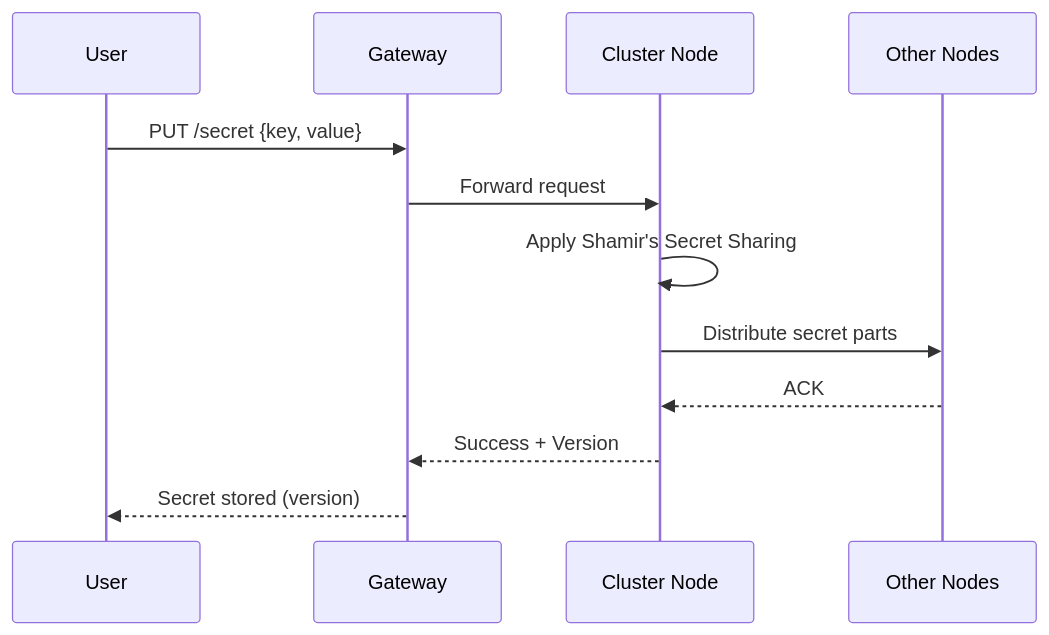
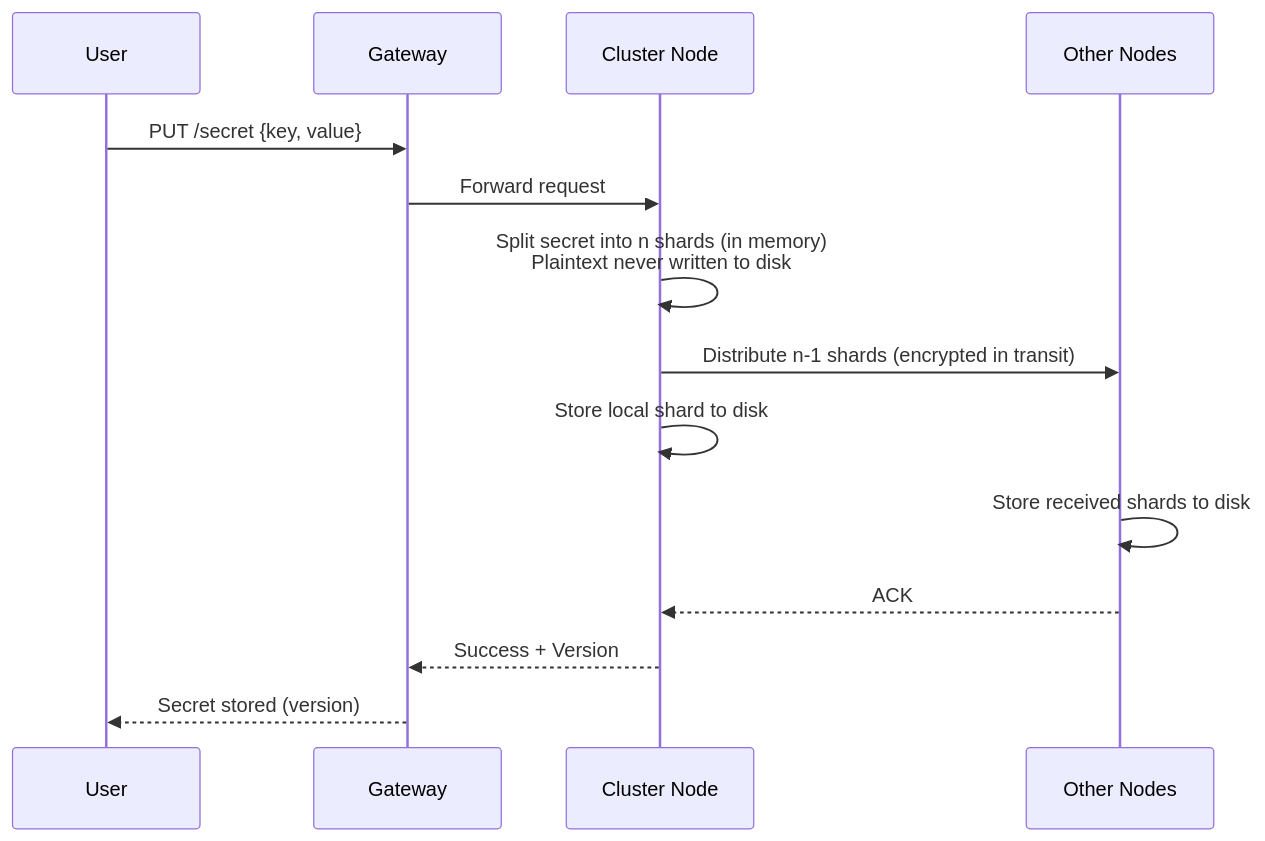
The second of 6 diagrams in docs/architecture.md (S26-Distributed-Capstone/DistributedSecretsVault), drawn with Mermaid before and after one commit. The commit also changed other lines of this file, not shown here.

Commit message:
update to architecture file

````diff
--- a/docs/architecture.md
+++ b/docs/architecture.md
@@ -41,15 +45,17 @@
 ```mermaid
 sequenceDiagram
     participant User
     participant Gateway
     participant Node as Cluster Node
     participant Cluster as Other Nodes
 
     User->>Gateway: PUT /secret {key, value}
     Gateway->>Node: Forward request
-    Node->>Node: Apply Shamir's Secret Sharing
-    Node->>Cluster: Distribute secret parts
+    Node->>Node: Split secret into n shards (in memory)<br/>Plaintext never written to disk
+    Node->>Cluster: Distribute n-1 shards (encrypted in transit)
+    Node->>Node: Store local shard to disk
+    Cluster->>Cluster: Store received shards to disk
     Cluster-->>Node: ACK
     Node-->>Gateway: Success + Version
     Gateway-->>User: Secret stored (version)
 ```
````
